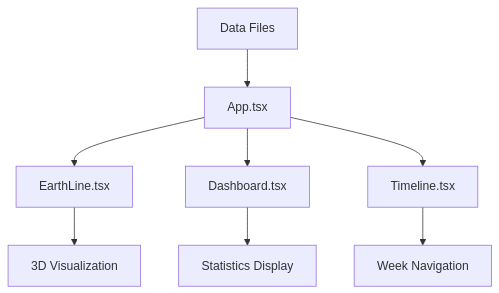
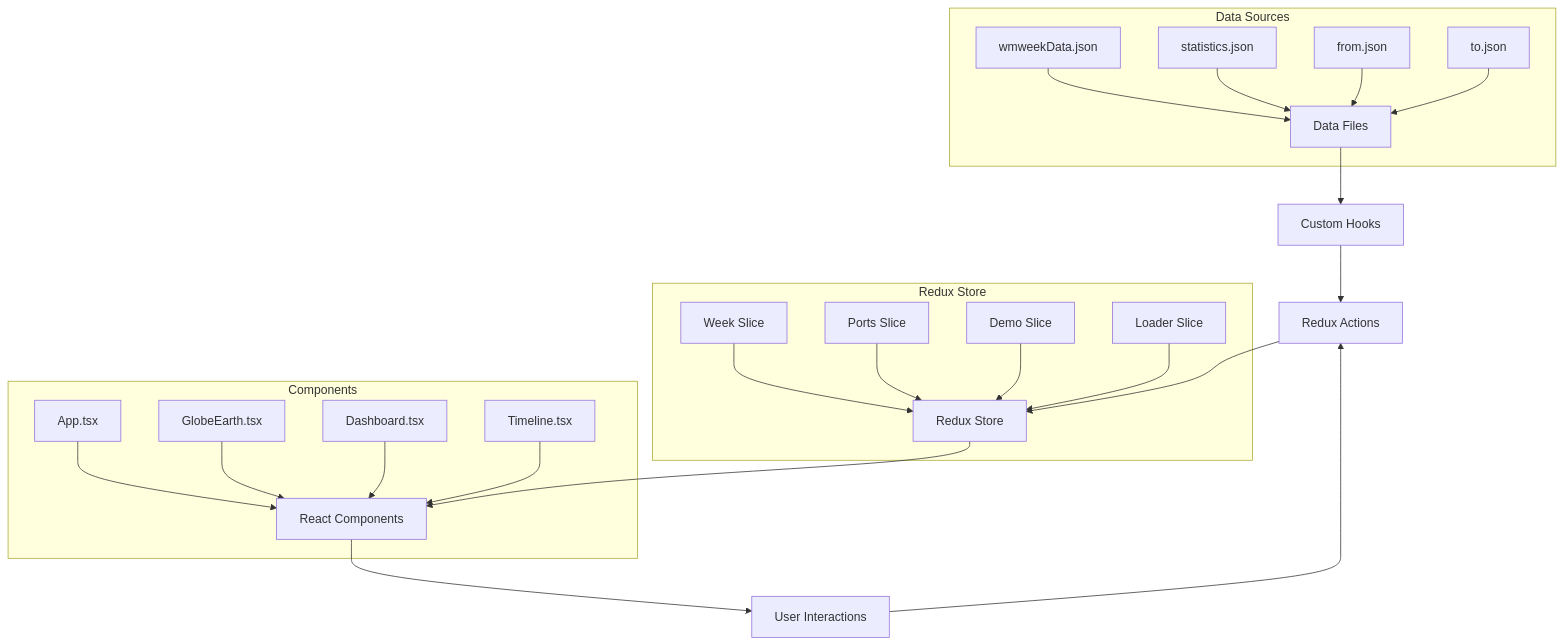
One commit to tianxin459/earth changed the diagram in document/PROJECT_DOCUMENTATION.md. Above: the diagram before and after it, drawn with Mermaid. The commit also changed other lines of this file, not shown here.

````diff
--- a/document/PROJECT_DOCUMENTATION.md
+++ b/document/PROJECT_DOCUMENTATION.md
@@ -296,10 +492,30 @@
 ```mermaid
 graph TD
-    A[Data Files] --> B[App.tsx]
-    B --> C[EarthLine.tsx]
-    B --> D[Dashboard.tsx]
-    B --> E[Timeline.tsx]
-    C --> F[3D Visualization]
-    D --> G[Statistics Display]
-    E --> H[Week Navigation]
+    A[Data Files] --> B[Custom Hooks]
+    B --> C[Redux Actions]
+    C --> D[Redux Store]
+    D --> E[React Components]
+    E --> F[User Interactions]
+    F --> C
+    
+    subgraph "Data Sources"
+        A1[wmweekData.json] --> A
+        A2[statistics.json] --> A
+        A3[from.json] --> A
+        A4[to.json] --> A
+    end
+    
+    subgraph "Redux Store"
+        D1[Week Slice] --> D
+        D2[Ports Slice] --> D
+        D3[Demo Slice] --> D
+        D4[Loader Slice] --> D
+    end
+    
+    subgraph "Components"
+        E1[App.tsx] --> E
+        E2[GlobeEarth.tsx] --> E
+        E3[Dashboard.tsx] --> E
+        E4[Timeline.tsx] --> E
+    end
 ```
````
